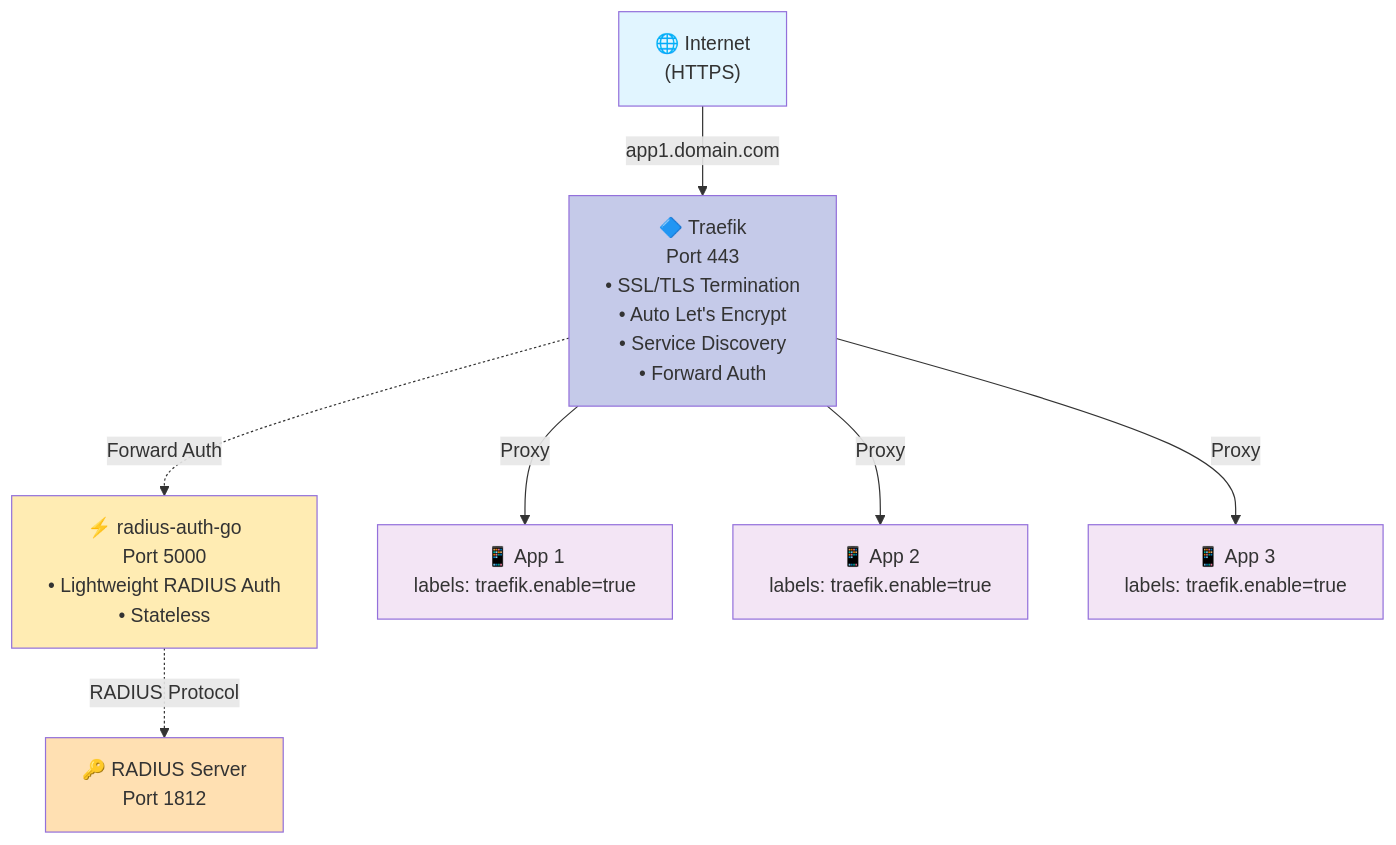
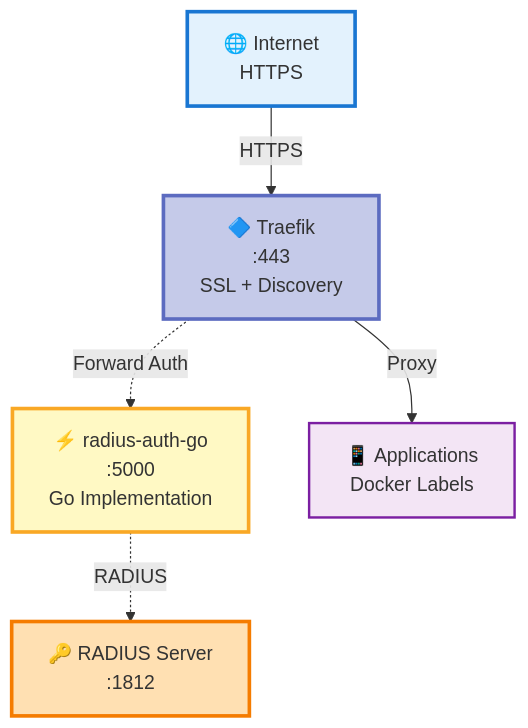
One commit to okigan/revproxauth changed the third of 4 diagrams in README.md. Above: the diagram before and after it, drawn with Mermaid. The commit also changed other lines of this file and 3 other files, not shown here.

First line of the commit message:
Update README diagrams and wording; add Python packaging & multi-stage Dockerfile for radius-auth-py

````diff
--- a/README.md
+++ b/README.md
@@ -130,25 +118,19 @@
 ```mermaid
 graph TB
-    Internet["🌐 Internet<br/>(HTTPS)"]
-    Traefik["🔷 Traefik<br/>Port 443<br/>• SSL/TLS Termination<br/>• Auto Let's Encrypt<br/>• Service Discovery<br/>• Forward Auth"]
-    AuthGo["⚡ radius-auth-go<br/>Port 5000<br/>• Lightweight RADIUS Auth<br/>• Stateless"]
-    RADIUS["🔑 RADIUS Server<br/>Port 1812"]
-    App1["📱 App 1<br/>labels: traefik.enable=true"]
-    App2["📱 App 2<br/>labels: traefik.enable=true"]
-    App3["📱 App 3<br/>labels: traefik.enable=true"]
+    Internet["🌐 Internet<br/>HTTPS"]
+    Traefik["🔷 Traefik<br/>:443<br/>SSL + Discovery"]
+    AuthGo["⚡ radius-auth-go<br/>:5000<br/>Go Implementation"]
+    RADIUS["🔑 RADIUS Server<br/>:1812"]
+    Apps["📱 Applications<br/>Docker Labels"]
     
-    Internet -->|"app1.domain.com"| Traefik
-    Traefik -.->|"Forward Auth"| AuthGo
-    AuthGo -.->|"RADIUS Protocol"| RADIUS
-    Traefik -->|"Proxy"| App1
-    Traefik -->|"Proxy"| App2
-    Traefik -->|"Proxy"| App3
+    Internet -->|HTTPS| Traefik
+    Traefik -.->|Forward Auth| AuthGo
+    AuthGo -.->|RADIUS| RADIUS
+    Traefik -->|Proxy| Apps
     
-    style Internet fill:#e1f5ff
-    style Traefik fill:#c5cae9
-    style AuthGo fill:#ffecb3
-    style RADIUS fill:#ffe0b2
-    style App1 fill:#f3e5f5
-    style App2 fill:#f3e5f5
-    style App3 fill:#f3e5f5
+    style Internet fill:#e3f2fd,stroke:#1976d2,stroke-width:3px
+    style Traefik fill:#c5cae9,stroke:#5c6bc0,stroke-width:3px
+    style AuthGo fill:#fff9c4,stroke:#f9a825,stroke-width:3px
+    style RADIUS fill:#ffe0b2,stroke:#f57c00,stroke-width:3px
+    style Apps fill:#f3e5f5,stroke:#7b1fa2,stroke-width:2px
 ```
````
